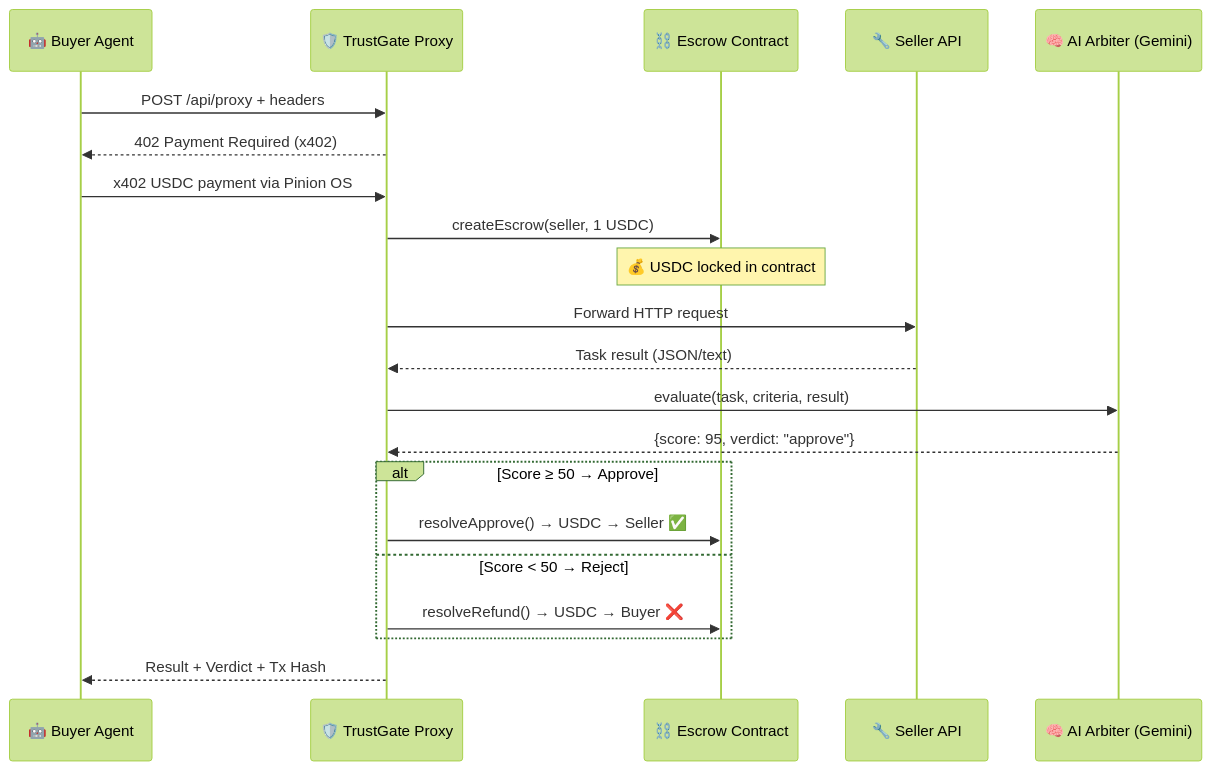
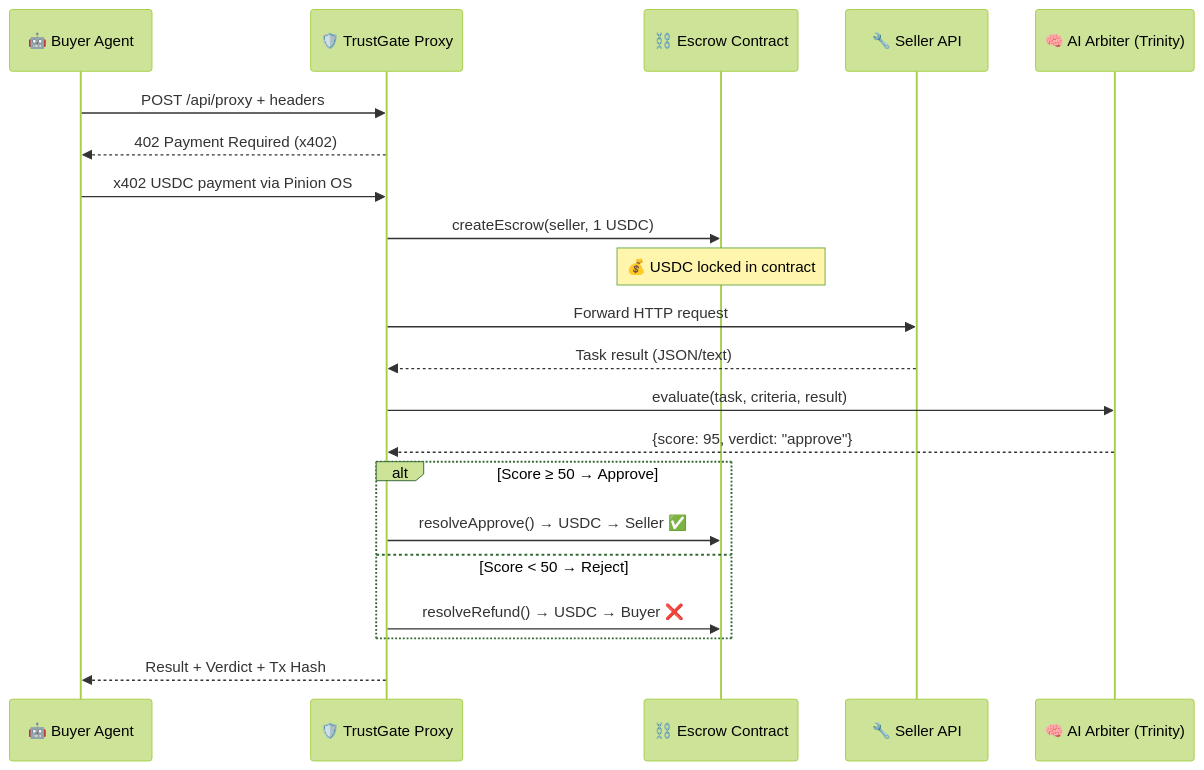
Before and after one commit to MaxBetov-pdd/trustgate: the diagram in README.md, drawn with Mermaid (forest theme). The commit also changed other lines of this file and 1 other file, not shown here.

````diff
--- a/README.md
+++ b/README.md
@@ -56,26 +56,26 @@
 ```mermaid
 sequenceDiagram
     participant B as 🤖 Buyer Agent
     participant TG as 🛡️ TrustGate Proxy
     participant SC as ⛓️ Escrow Contract
     participant S as 🔧 Seller API
-    participant AI as 🧠 AI Arbiter (Gemini)
+    participant AI as 🧠 AI Arbiter (Trinity)
 
     B->>TG: POST /api/proxy + headers
     TG-->>B: 402 Payment Required (x402)
     B->>TG: x402 USDC payment via Pinion OS
     TG->>SC: createEscrow(seller, 1 USDC)
     Note over SC: 💰 USDC locked in contract
     TG->>S: Forward HTTP request
     S-->>TG: Task result (JSON/text)
     TG->>AI: evaluate(task, criteria, result)
     AI-->>TG: {score: 95, verdict: "approve"}
     
     alt Score ≥ 50 → Approve
         TG->>SC: resolveApprove() → USDC → Seller ✅
     else Score < 50 → Reject
         TG->>SC: resolveRefund() → USDC → Buyer ❌
     end
     
     TG-->>B: Result + Verdict + Tx Hash
 ```
````
